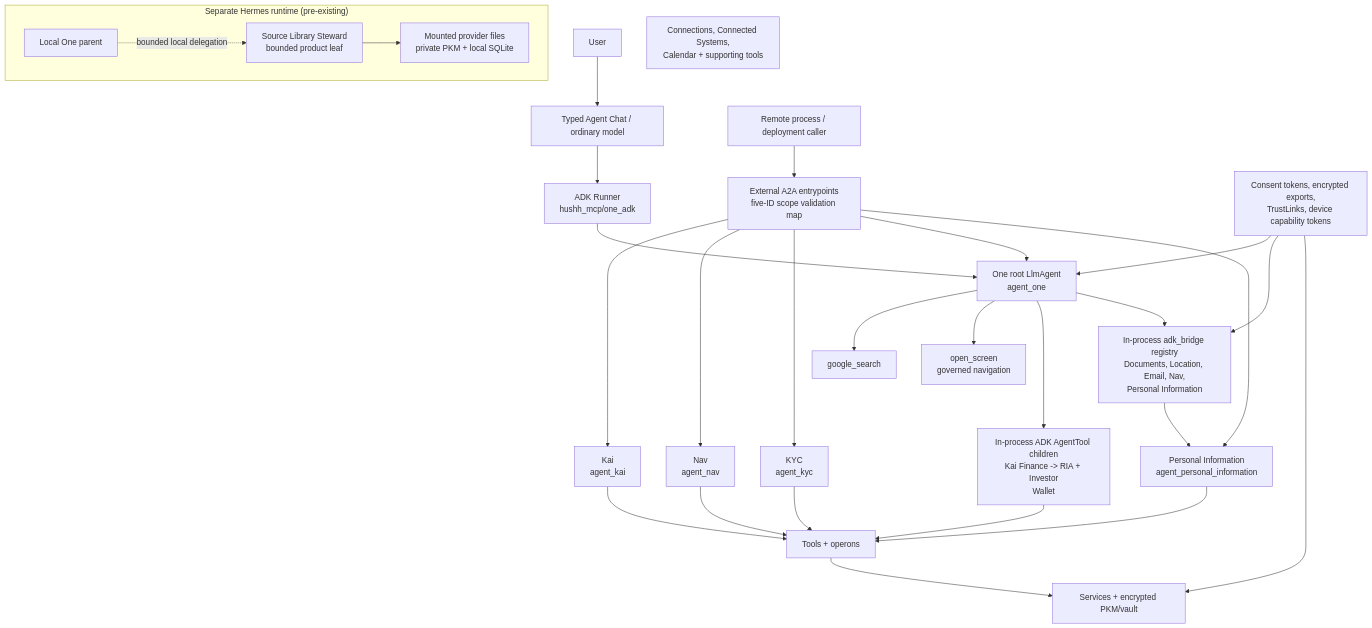
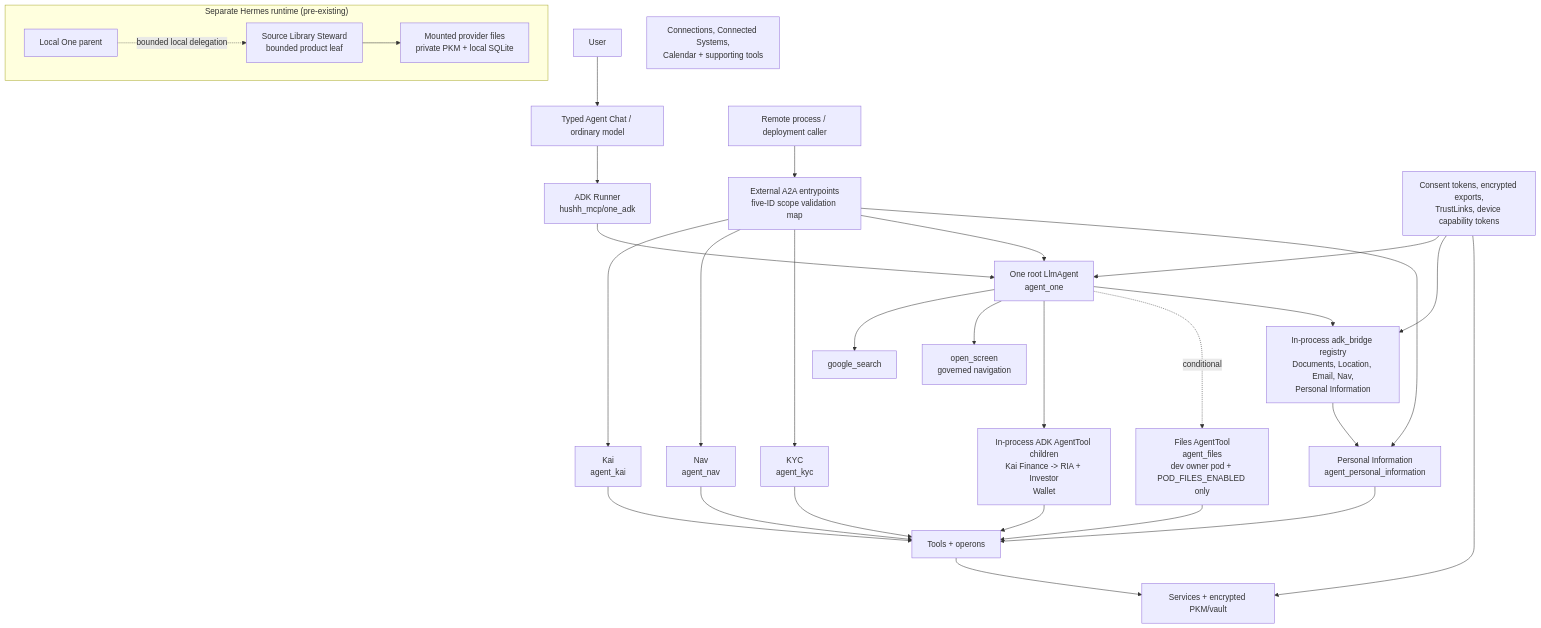
Before and after one commit to hushh-labs/hushh-research: the diagram in docs/reference/one/one-agent-hierarchy.md, drawn with Mermaid. The commit also changed other lines of this file and 11 other files, not shown here.

Commit message:
fix(one): align integrated Files guidance and agent contracts

````diff
--- a/docs/reference/one/one-agent-hierarchy.md
+++ b/docs/reference/one/one-agent-hierarchy.md
@@ -7,53 +7,56 @@
 ```mermaid
 flowchart TD
   user["User"]
   voice["Typed Agent Chat / ordinary model"]
   runner["ADK Runner<br/>hushh_mcp/one_adk"]
   one["One root LlmAgent<br/>agent_one"]
   search["google_search"]
   nav_tool["open_screen<br/>governed navigation"]
   agenttools["In-process ADK AgentTool children<br/>Kai Finance -> RIA + Investor<br/>Wallet"]
+  files["Files AgentTool<br/>agent_files<br/>dev owner pod + POD_FILES_ENABLED only"]
   dispatch["In-process adk_bridge registry<br/>Documents, Location, Email, Nav,<br/>Personal Information"]
   remoteCaller["Remote process / deployment caller"]
   a2a["External A2A entrypoints<br/>five-ID scope validation map"]
   kai["Kai<br/>agent_kai"]
   nav["Nav<br/>agent_nav"]
   kyc["KYC<br/>agent_kyc"]
   support["Connections, Connected Systems,<br/>Calendar + supporting tools"]
   personalInfo["Personal Information<br/>agent_personal_information"]
   operons["Tools + operons"]
   services["Services + encrypted PKM/vault"]
   consent["Consent tokens, encrypted exports,<br/>TrustLinks, device capability tokens"]
 
   user --> voice
   voice --> runner
   runner --> one
   one --> search
   one --> nav_tool
   one --> agenttools
+  one -.conditional.-> files
   one --> dispatch
   remoteCaller --> a2a
   a2a --> kai
   a2a --> nav
   a2a --> kyc
   a2a --> one
   a2a --> personalInfo
   dispatch --> personalInfo
   agenttools --> operons
+  files --> operons
   kai --> operons
   nav --> operons
   kyc --> operons
   personalInfo --> operons
   operons --> services
   consent --> one
   consent --> dispatch
   consent --> services
 
   subgraph hermes["Separate Hermes runtime (pre-existing)"]
     hermesOne["Local One parent"]
     source["Source Library Steward<br/>bounded product leaf"]
     sourceplane["Mounted provider files<br/>private PKM + local SQLite"]
     hermesOne -.bounded local delegation.-> source
     source --> sourceplane
   end
 ```
````
